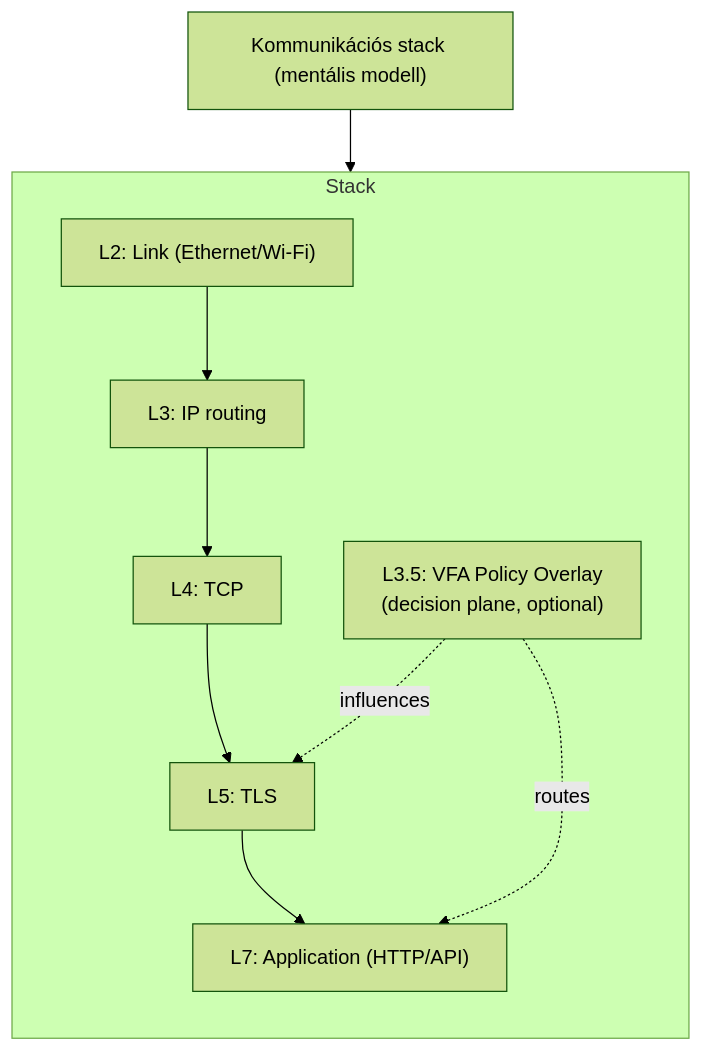
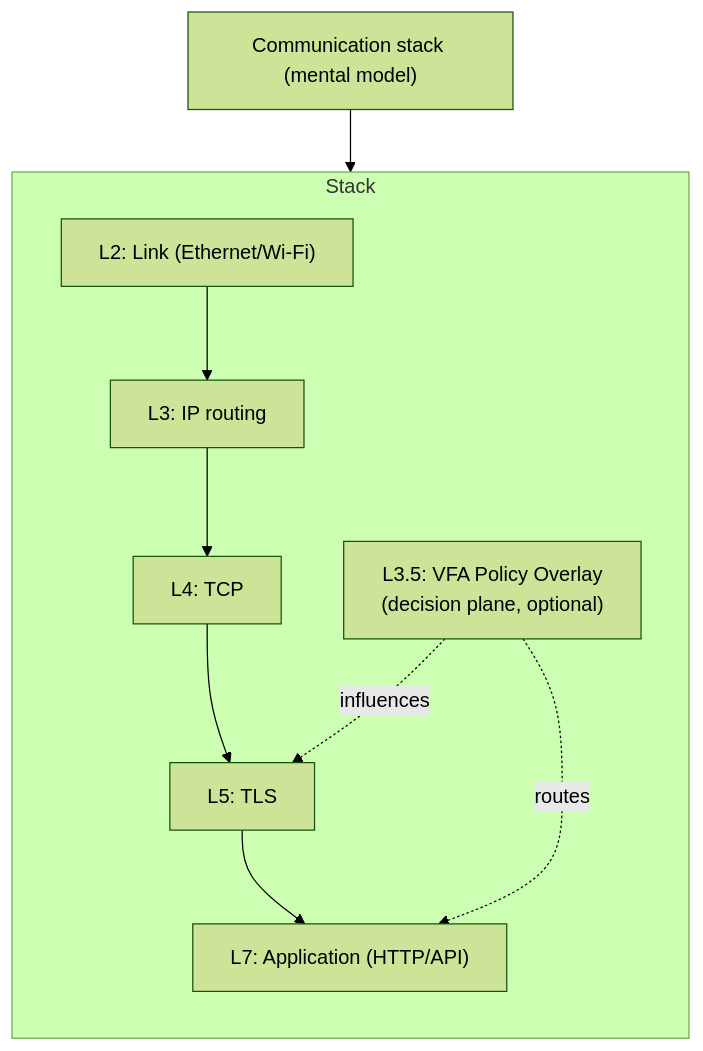
The fifth of 5 diagrams in README.md (Csnyi/VFA-Lab), drawn with Mermaid (forest theme) before and after one commit.

````diff
--- a/README.md
+++ b/README.md
@@ -460,19 +460,19 @@
 ```mermaid
 flowchart TB
-  Title["Kommunikációs stack (mentális modell)"]
+  Title["Communication stack (mental model)"]
 
   subgraph Stack
     direction TB
     L2["L2: Link (Ethernet/Wi-Fi)"]
     L3["L3: IP routing"]
     L35["L3.5: VFA Policy Overlay<br/>(decision plane, optional)"]
     L4["L4: TCP"]
     L5["L5: TLS"]
     L7["L7: Application (HTTP/API)"]
   end
 
   Title --> L2
   L2 --> L3 --> L4 --> L5 --> L7
   L35 -. influences .-> L5
   L35 -. routes .-> L7
 ```
````
